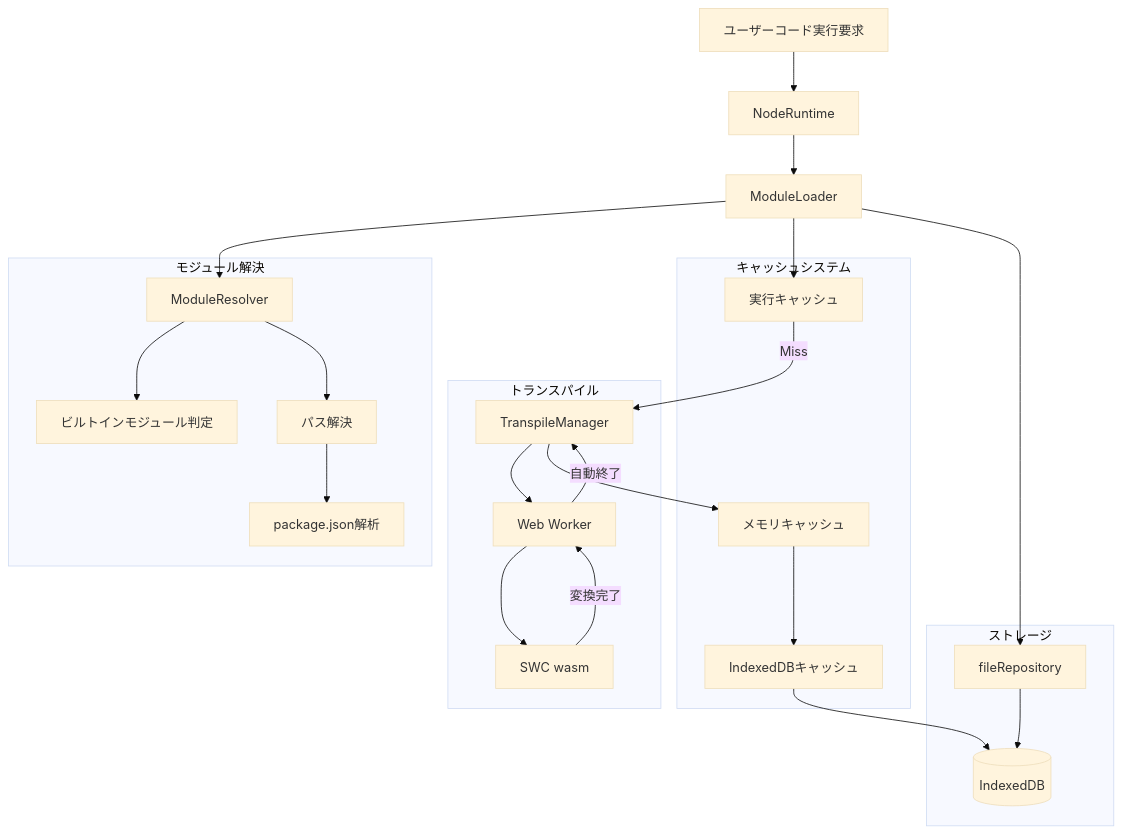
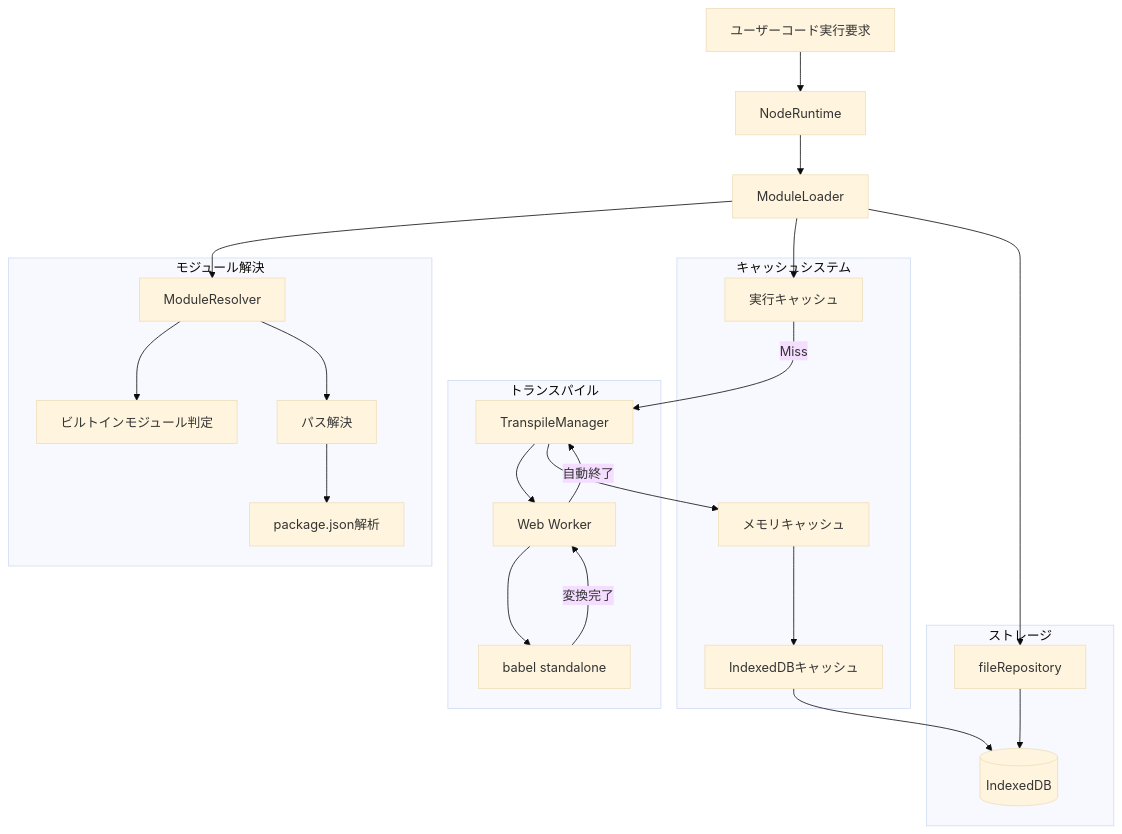
One commit to Stasshe/Pyxis-CodeCanvas changed the first of 12 diagrams in docs/NODE-RUNTIME.md. Above: the diagram before and after it, drawn with Mermaid (base theme). The commit also changed other lines of this file and 1 other file, not shown here.

Commit message:
feat: SWC wasmをbabel standaloneに置き換え、ドキュメントを更新

````diff
--- a/docs/NODE-RUNTIME.md
+++ b/docs/NODE-RUNTIME.md
@@ -30,53 +60,53 @@
 ```mermaid
 graph TB
     UserCode[ユーザーコード実行要求]
     NodeRuntime[NodeRuntime]
     ModuleLoader[ModuleLoader]
     
     subgraph Resolution[モジュール解決]
         Resolver[ModuleResolver]
         BuiltIn[ビルトインモジュール判定]
         PathResolve[パス解決]
         PackageJSON[package.json解析]
     end
     
     subgraph Transpile[トランスパイル]
         Manager[TranspileManager]
         Worker[Web Worker]
-        SWC[SWC wasm]
+        SWC[babel standalone]
     end
     
     subgraph Cache[キャッシュシステム]
         ExecCache[実行キャッシュ]
         MemCache[メモリキャッシュ]
         DiskCache[IndexedDBキャッシュ]
     end
     
     subgraph Storage[ストレージ]
         FileRepo[fileRepository]
         IndexedDB[(IndexedDB)]
     end
     
     UserCode --> NodeRuntime
     NodeRuntime --> ModuleLoader
     
     ModuleLoader --> Resolver
     Resolver --> BuiltIn
     Resolver --> PathResolve
     PathResolve --> PackageJSON
     
     ModuleLoader --> ExecCache
     ExecCache -->|Miss| Manager
     
     Manager --> Worker
     Worker --> SWC
     SWC -->|変換完了| Worker
     Worker -->|自動終了| Manager
     
     Manager --> MemCache
     MemCache --> DiskCache
     DiskCache --> IndexedDB
     
     ModuleLoader --> FileRepo
     FileRepo --> IndexedDB
 ```
````
